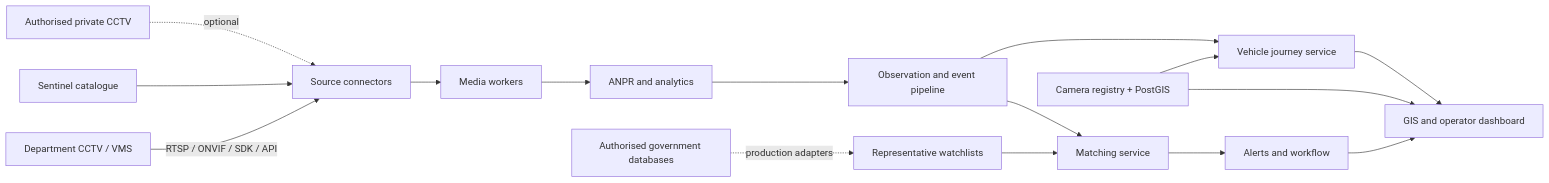
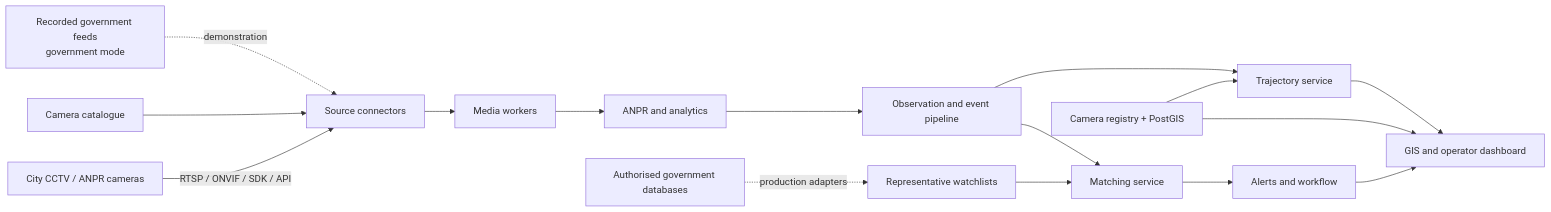
Before and after one commit to code-YK/ANPR-sih26: the first of 3 diagrams in docs/architecture.md, drawn with Mermaid. The commit also changed other lines of this file and 42 other files, not shown here.

````diff
--- a/docs/architecture.md
+++ b/docs/architecture.md
@@ -19,18 +21,18 @@
 ```mermaid
 flowchart LR
-    Dept[Department CCTV / VMS] -->|RTSP / ONVIF / SDK / API| Conn[Source connectors]
-    Cat[Sentinel catalogue] --> Conn
-    Private[Authorised private CCTV] -. optional .-> Conn
+    Dept[City CCTV / ANPR cameras] -->|RTSP / ONVIF / SDK / API| Conn[Source connectors]
+    Cat[Camera catalogue] --> Conn
+    Rec[Recorded government feeds<br/>government mode] -. demonstration .-> Conn
     Conn --> Media[Media workers]
     Media --> AI[ANPR and analytics]
     AI --> Events[Observation and event pipeline]
     Watch[Representative watchlists] --> Match[Matching service]
     Events --> Match
     Match --> Alerts[Alerts and workflow]
     Registry[Camera registry + PostGIS] --> GIS[GIS and operator dashboard]
-    Events --> Journey[Vehicle journey service]
+    Events --> Journey[Trajectory service]
     Registry --> Journey
     Journey --> GIS
     Alerts --> GIS
     Govt[Authorised government databases] -. production adapters .-> Watch
 ```
````
